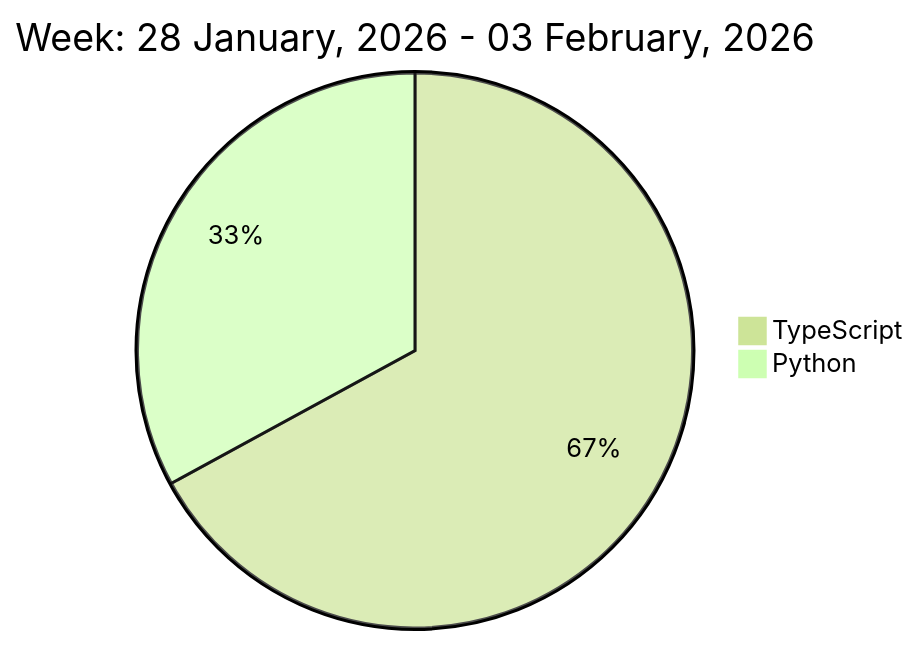
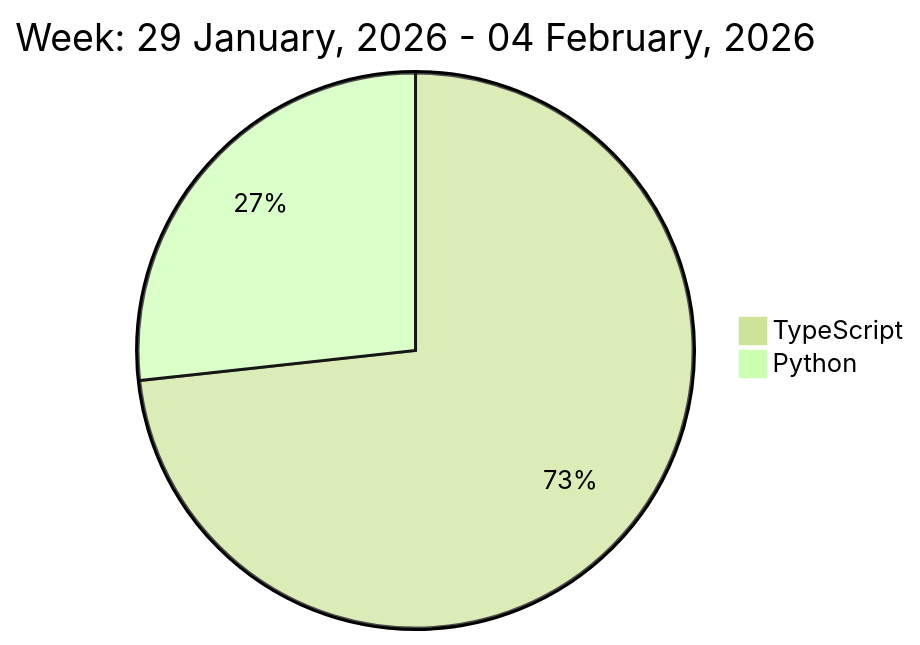
Before and after one commit to liubin95/liubin95: the diagram in README.md, drawn with Mermaid (forest theme).

Commit message:
Updated the Graph with new Metrics

````diff
--- a/README.md
+++ b/README.md
@@ -37,6 +37,6 @@
 ```mermaid
  pie
-title Week: 28 January, 2026 - 03 February, 2026
- "TypeScript" : 12.62
- "Python" : 6.2
+title Week: 29 January, 2026 - 04 February, 2026
+ "TypeScript" : 14.45
+ "Python" : 5.27
 ```
````
